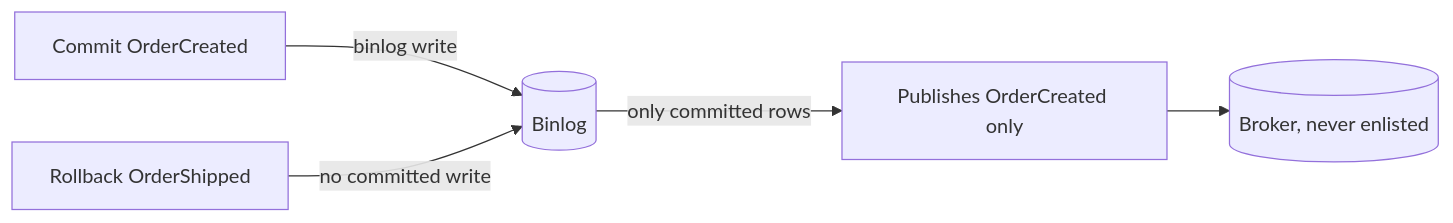
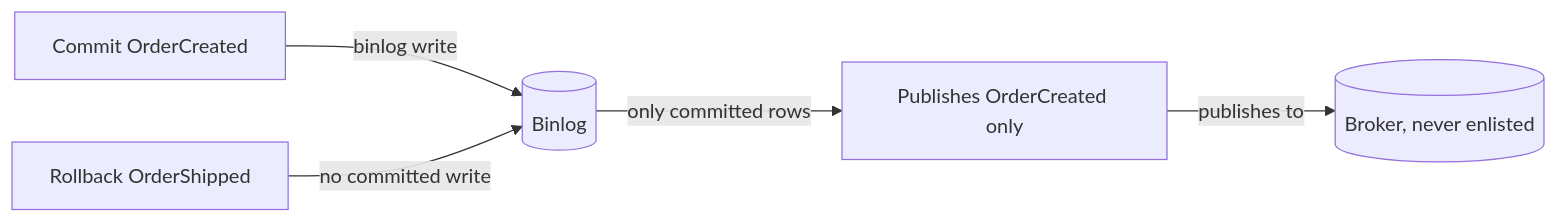
One commit to vinayakuber/microservices-io-study-guide changed the tenth of 13 diagrams in docs/ch13-transaction-log-tailing.md. Above: the diagram before and after it, drawn with Mermaid. The commit also changed other lines of this file and 71 other files, not shown here.

First line of the commit message:
R18: label every diagram arrow with its meaning

````diff
--- a/docs/ch13-transaction-log-tailing.md
+++ b/docs/ch13-transaction-log-tailing.md
@@ -319,7 +319,7 @@
 ```mermaid
 flowchart LR
   TX1["Commit OrderCreated"] -->|binlog write| LOG[("Binlog")]
   TX2["Rollback OrderShipped"] -->|no committed write| LOG
   LOG -->|only committed rows| TLR["Publishes OrderCreated only"]
-  TLR --> BRK[("Broker, never enlisted")]
+  TLR -->|"publishes to"| BRK[("Broker, never enlisted")]
 ```
````
